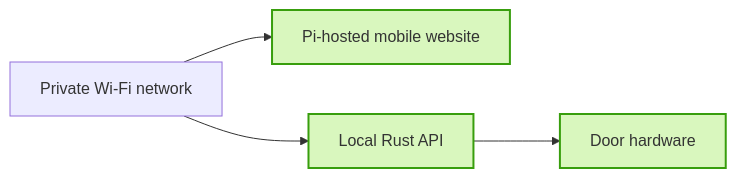
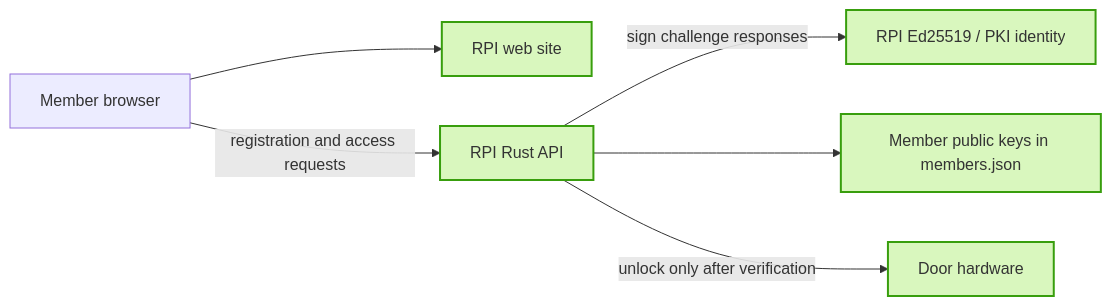
One commit to tplive/harstadmakers changed the sixth of 6 diagrams in architecture-diagrams.md. Above: the diagram before and after it, drawn with Mermaid. The commit also changed other lines of this file, not shown here.

Commit message:
Oppdatere arkitekturdiagram

````diff
--- a/architecture-diagrams.md
+++ b/architecture-diagrams.md
@@ -125,14 +162,18 @@
 ```mermaid
 flowchart LR
-    LocalWiFi[Private Wi‑Fi network]
-    PiSite[Pi-hosted mobile website]
-    RustAPI[Local Rust API]
+    Browser[Member browser]
+    RPIWebSite[RPI web site]
+    RustAPI[RPI Rust API]
+    ServerKey[RPI Ed25519 / PKI identity]
+    MemberKeys[Member public keys in members.json]
     Door[Door hardware]
 
-    LocalWiFi --> PiSite
-    LocalWiFi --> RustAPI
-    RustAPI --> Door
+    Browser --> RPIWebSite
+    Browser -->|registration and access requests| RustAPI
+    RustAPI -->|sign challenge responses| ServerKey
+    RustAPI --> MemberKeys
+    RustAPI -->|unlock only after verification| Door
 
     classDef secure fill:#d9f7be,stroke:#389e0d,stroke-width:2px;
-    class PiSite,RustAPI,Door secure;
+    class RPIWebSite,RustAPI,ServerKey,MemberKeys,Door secure;
 ```
````
